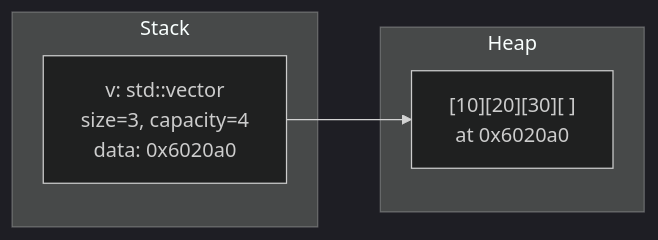
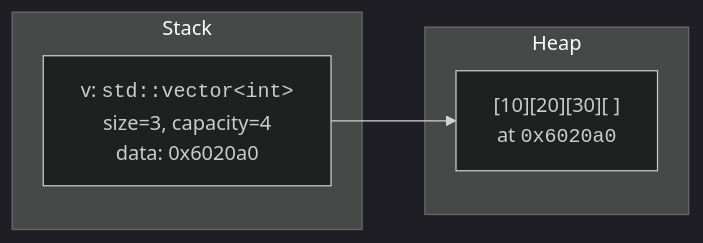
One commit to dataslope/dataslope changed the second of 2 diagrams in content/learn/from-zero-to-cpp/arrays-and-strings.mdx. Above: the diagram before and after it, drawn with Mermaid (dark theme). The commit also changed 218 other files, not shown here.

First line of the commit message:
Render code-only mermaid shapes in monospace; convert step sequences to Steps (#467)

````diff
--- a/content/learn/from-zero-to-cpp/arrays-and-strings.mdx
+++ b/content/learn/from-zero-to-cpp/arrays-and-strings.mdx
@@ -109,10 +109,10 @@
 ```mermaid
 flowchart LR
     subgraph Stack
-        V["v: std::vector<int><br/>size=3, capacity=4<br/>data: 0x6020a0"]
+        V["v: <code>std::vector&lt;int&gt;</code><br/>size=3, capacity=4<br/>data: 0x6020a0"]
     end
     subgraph Heap
-        H["[10][20][30][ ]<br/>at 0x6020a0"]
+        H["[10][20][30][ ]<br/>at <code>0x6020a0</code>"]
     end
     V --> H
 ```
````
